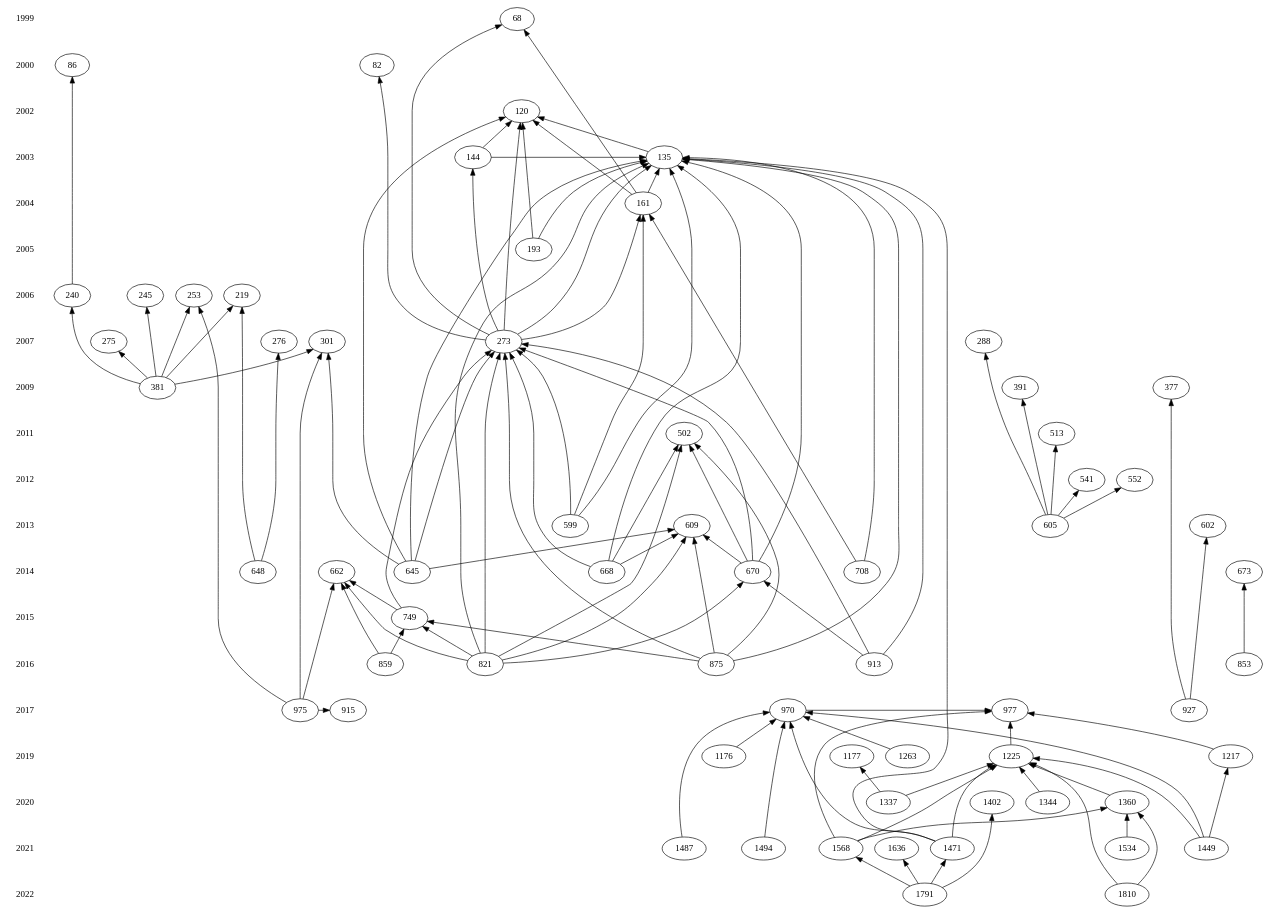
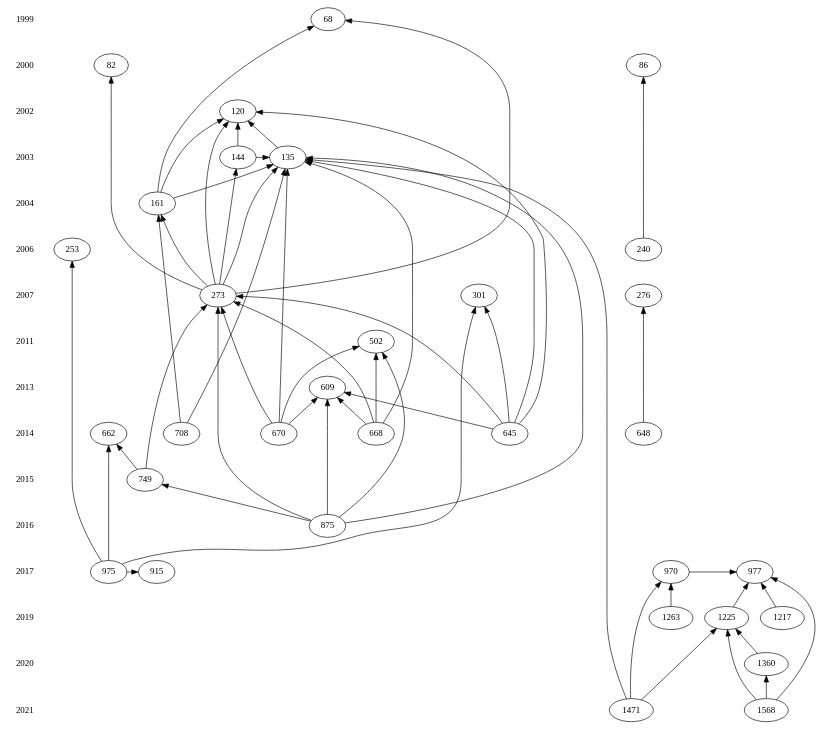
Before and after one commit to doublessay/histcite-python: the diagram in examples/graph.dot, drawn with Graphviz. The commit also changed 13 other files, not shown here.

Commit message:
Add graph node file

```diff
--- a/examples/graph.dot
+++ b/examples/graph.dot
@@ -1,100 +1,70 @@
 digraph metadata{
 	rankdir = BT;
 	{rank=same; 1999 68};
 	{rank=same; 2000 82 86};
 	{rank=same; 2002 120};
 	{rank=same; 2003 135 144};
 	{rank=same; 2004 161};
-	{rank=same; 2005 193};
-	{rank=same; 2006 219 240 245 253};
-	{rank=same; 2007 273 275 276 288 301};
-	{rank=same; 2009 377 381 391};
-	{rank=same; 2011 502 513};
-	{rank=same; 2012 541 552};
-	{rank=same; 2013 599 602 605 609};
-	{rank=same; 2014 645 648 662 668 670 673 708};
+	{rank=same; 2006 240 253};
+	{rank=same; 2007 273 276 301};
+	{rank=same; 2011 502};
+	{rank=same; 2013 609};
+	{rank=same; 2014 645 648 662 668 670 708};
 	{rank=same; 2015 749};
-	{rank=same; 2016 821 853 859 875 913};
-	{rank=same; 2017 915 927 970 975 977};
-	{rank=same; 2019 1176 1177 1217 1225 1263};
-	{rank=same; 2020 1337 1344 1360 1402};
-	{rank=same; 2021 1449 1471 1487 1494 1534 1568 1636};
-	{rank=same; 2022 1791 1810};
+	{rank=same; 2016 875};
+	{rank=same; 2017 915 970 975 977};
+	{rank=same; 2019 1217 1225 1263};
+	{rank=same; 2020 1360};
+	{rank=same; 2021 1471 1568};
 	1999 [ shape="plaintext" ];
 	2000 [ shape="plaintext" ];
 	2002 [ shape="plaintext" ];
 	2003 [ shape="plaintext" ];
 	2004 [ shape="plaintext" ];
-	2005 [ shape="plaintext" ];
 	2006 [ shape="plaintext" ];
 	2007 [ shape="plaintext" ];
-	2009 [ shape="plaintext" ];
 	2011 [ shape="plaintext" ];
-	2012 [ shape="plaintext" ];
 	2013 [ shape="plaintext" ];
 	2014 [ shape="plaintext" ];
 	2015 [ shape="plaintext" ];
 	2016 [ shape="plaintext" ];
 	2017 [ shape="plaintext" ];
 	2019 [ shape="plaintext" ];
 	2020 [ shape="plaintext" ];
 	2021 [ shape="plaintext" ];
-	2022 [ shape="plaintext" ];
-	2022 -> 2021 [ style = invis ];
 	2021 -> 2020 [ style = invis ];
 	2020 -> 2019 [ style = invis ];
 	2019 -> 2017 [ style = invis ];
 	2017 -> 2016 [ style = invis ];
 	2016 -> 2015 [ style = invis ];
 	2015 -> 2014 [ style = invis ];
 	2014 -> 2013 [ style = invis ];
-	2013 -> 2012 [ style = invis ];
-	2012 -> 2011 [ style = invis ];
-	2011 -> 2009 [ style = invis ];
-	2009 -> 2007 [ style = invis ];
+	2013 -> 2011 [ style = invis ];
+	2011 -> 2007 [ style = invis ];
 	2007 -> 2006 [ style = invis ];
-	2006 -> 2005 [ style = invis ];
-	2005 -> 2004 [ style = invis ];
+	2006 -> 2004 [ style = invis ];
 	2004 -> 2003 [ style = invis ];
 	2003 -> 2002 [ style = invis ];
 	2002 -> 2000 [ style = invis ];
 	2000 -> 1999 [ style = invis ];
 	135 -> { 120 };
 	144 -> { 120 135 };
-	161 -> { 135 120 68 };
-	193 -> { 120 135 };
+	161 -> { 68 135 120 };
 	240 -> { 86 };
 	273 -> { 135 144 120 82 68 161 };
-	381 -> { 301 253 219 275 245 240 };
-	599 -> { 161 273 135 };
-	605 -> { 552 513 541 288 391 };
-	645 -> { 135 273 120 609 301 };
-	648 -> { 276 219 };
+	645 -> { 609 135 273 120 301 };
+	648 -> { 276 };
 	668 -> { 135 502 609 273 };
-	670 -> { 135 502 273 609 };
+	670 -> { 135 273 502 609 };
 	708 -> { 161 135 };
 	749 -> { 662 273 };
-	821 -> { 502 749 609 273 662 670 135 };
-	853 -> { 673 };
-	859 -> { 749 662 };
 	875 -> { 609 273 135 502 749 };
-	913 -> { 273 670 135 };
-	927 -> { 377 602 };
 	970 -> { 977 };
 	975 -> { 662 253 915 301 };
-	1176 -> { 970 };
 	1217 -> { 977 };
 	1225 -> { 977 };
 	1263 -> { 970 };
-	1337 -> { 1177 1225 };
-	1344 -> { 1225 };
 	1360 -> { 1225 };
-	1449 -> { 970 1225 1217 };
-	1471 -> { 1225 135 970 };
-	1487 -> { 970 };
-	1494 -> { 970 };
-	1534 -> { 1360 };
+	1471 -> { 1225 970 135 };
 	1568 -> { 1360 1225 977 };
-	1791 -> { 1636 1402 1471 1568 };
-	1810 -> { 1360 1225 };
 }
```
